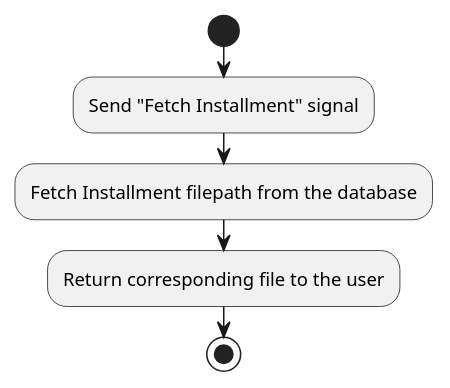
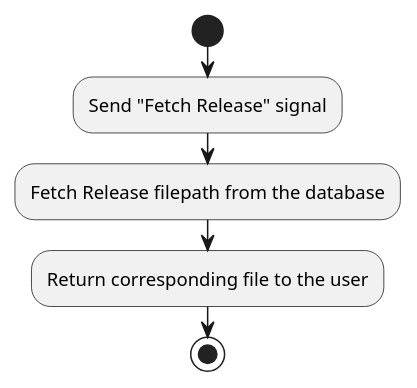
The diagram in docs/diagrams/Activity/DownloadInstallment.puml (ameerabdallah/Bijutsu), drawn with PlantUML before and after one commit. The commit also changed 37 other files, not shown here.

```diff
--- a/docs/diagrams/Activity/DownloadInstallment.puml
+++ b/docs/diagrams/Activity/DownloadInstallment.puml
@@ -1,9 +1,9 @@
 @startuml
 start
 
-:Send "Fetch Installment" signal;
-:Fetch Installment filepath from the database;
+:Send "Fetch Release" signal;
+:Fetch Release filepath from the database;
 :Return corresponding file to the user;
 
 stop
 @enduml
```
